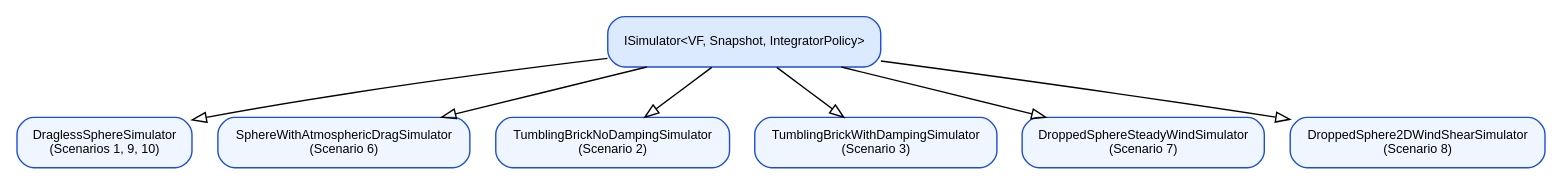
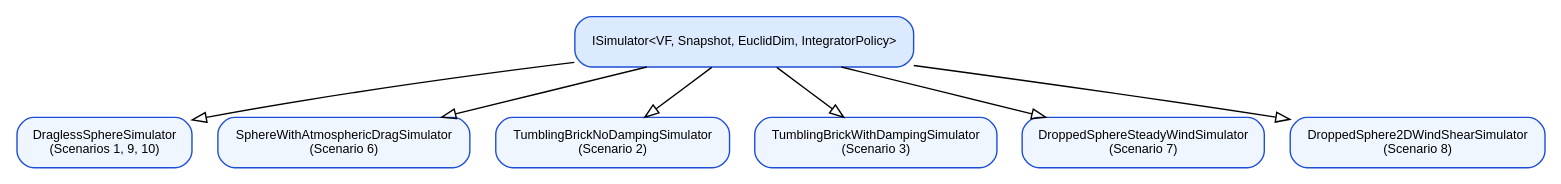
Before and after one commit to onurtuncer/Aetherion: the fourth of 5 diagrams in doc/api.rst, drawn with Graphviz. The commit also changed other lines of this file and 6 other files, not shown here.

First line of the commit message:
feat(SixDoFStepper): parametrize EuclidDim as non-type template parameter

```diff
--- a/doc/api.rst
+++ b/doc/api.rst
@@ -476,31 +486,31 @@
 .. graphviz::
    :caption: ISimulator inheritance — one concrete class per NASA scenario group
 
    digraph Simulators {
      graph [rankdir=TB fontname="sans-serif" fontsize=11]
      node  [shape=box style="filled,rounded" fontname="sans-serif" fontsize=9]
      edge  [arrowhead=empty color="#555"]
 
-     IS [label="ISimulator\<VF, Snapshot, IntegratorPolicy\>"
+     IS [label="ISimulator\<VF, Snapshot, EuclidDim, IntegratorPolicy\>"
          fillcolor="#DBEAFE" color="#1D4ED8" shape=box]
 
      DS  [label="DraglessSphereSimulator\n(Scenarios 1, 9, 10)"
           fillcolor="#EFF6FF" color="#1D4ED8"]
      SW  [label="SphereWithAtmosphericDragSimulator\n(Scenario 6)"
           fillcolor="#EFF6FF" color="#1D4ED8"]
      TN  [label="TumblingBrickNoDampingSimulator\n(Scenario 2)"
           fillcolor="#EFF6FF" color="#1D4ED8"]
      TW  [label="TumblingBrickWithDampingSimulator\n(Scenario 3)"
           fillcolor="#EFF6FF" color="#1D4ED8"]
      SSW [label="DroppedSphereSteadyWindSimulator\n(Scenario 7)"
           fillcolor="#EFF6FF" color="#1D4ED8"]
      S2W [label="DroppedSphere2DWindShearSimulator\n(Scenario 8)"
           fillcolor="#EFF6FF" color="#1D4ED8"]
 
      IS -> DS
      IS -> SW
      IS -> TN
      IS -> TW
      IS -> SSW
      IS -> S2W
    }
```
